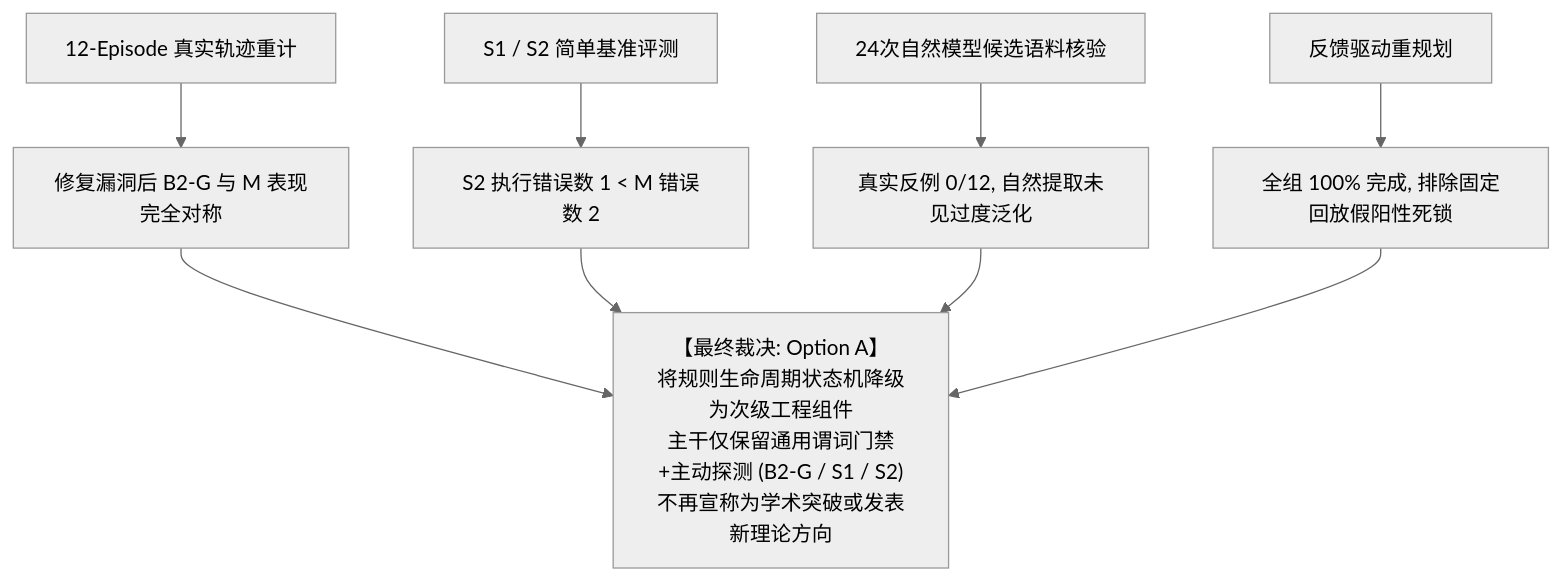
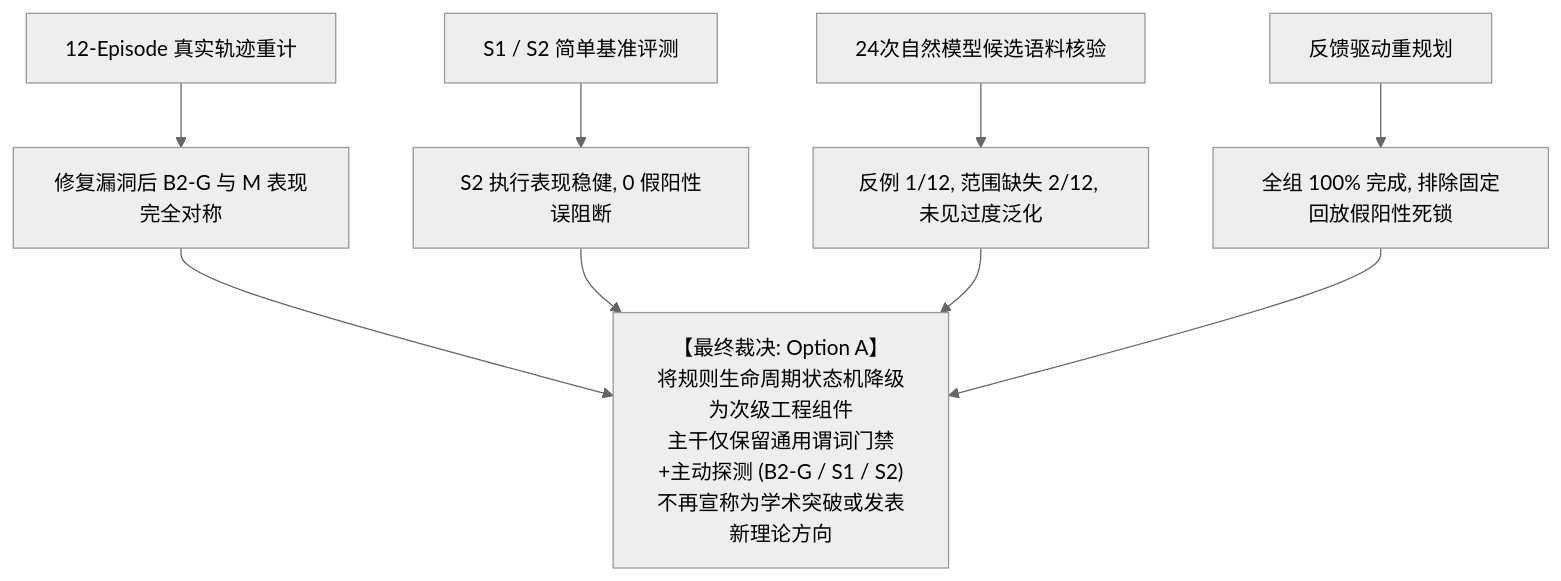
Before and after one commit to JingAo-Shen/failmem-ros2-agent: the diagram in research/conditional_constraint_memory/go_no_go_decision.md, drawn with Mermaid (neutral theme). The commit also changed other lines of this file and 12 other files, not shown here.

````diff
--- a/research/conditional_constraint_memory/go_no_go_decision.md
+++ b/research/conditional_constraint_memory/go_no_go_decision.md
@@ -192,9 +223,9 @@
 ```mermaid
 flowchart TD
     Diag[12-Episode 真实轨迹重计] --> C1[修复漏洞后 B2-G 与 M 表现完全对称]
-    Bench[S1 / S2 简单基准评测] --> C2[S2 执行错误数 1 < M 错误数 2]
-    Corpus[24次自然模型候选语料核验] --> C3[真实反例 0/12, 自然提取未见过度泛化]
+    Bench[S1 / S2 简单基准评测] --> C2[S2 执行表现稳健, 0 假阳性误阻断]
+    Corpus[24次自然模型候选语料核验] --> C3[反例 1/12, 范围缺失 2/12, 未见过度泛化]
     Replan[反馈驱动重规划] --> C4[全组 100% 完成, 排除固定回放假阳性死锁]
     
     C1 & C2 & C3 & C4 --> FinalVerdict["【最终裁决: Option A】<br>将规则生命周期状态机降级为次级工程组件<br>主干仅保留通用谓词门禁+主动探测 (B2-G / S1 / S2)<br>不再宣称为学术突破或发表新理论方向"]
 ```
````
